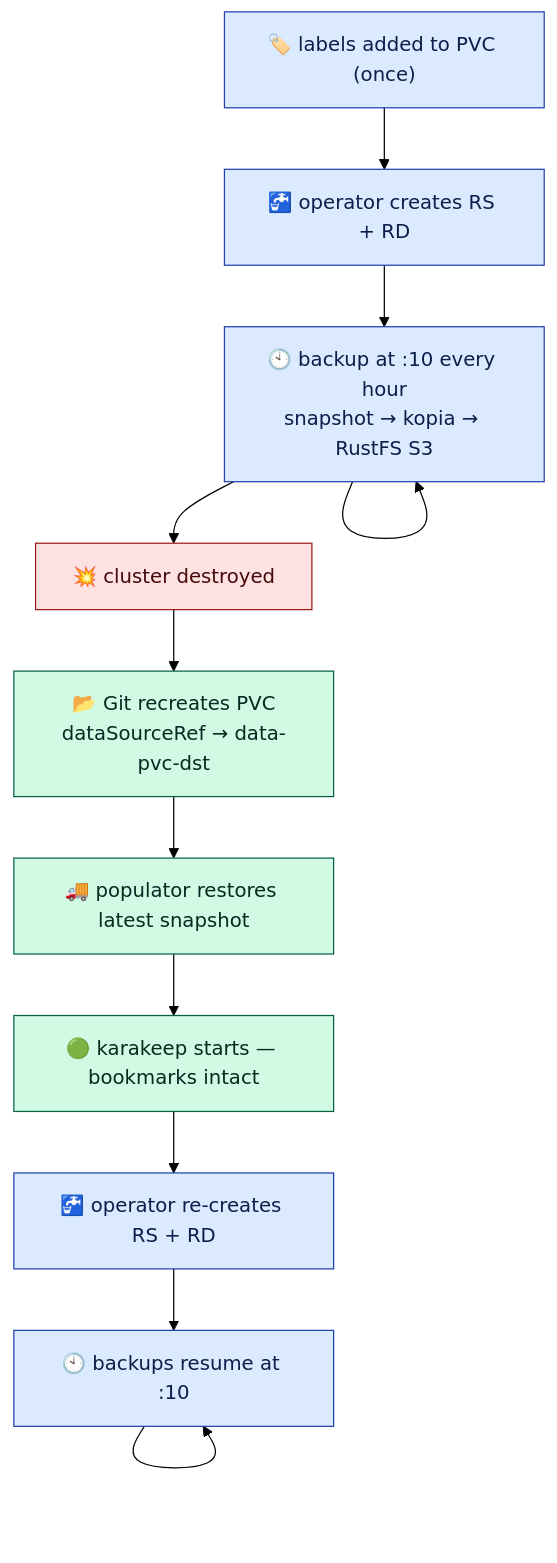
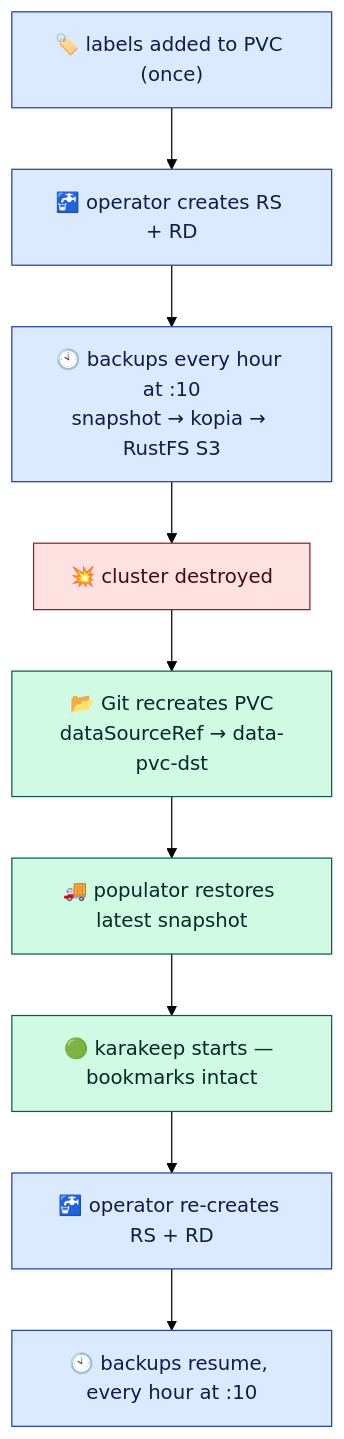
The fifth of 6 diagrams in docs/storage-architecture.md (mitchross/talos-argocd-proxmox), drawn with Mermaid (forest theme) before and after one commit. The commit also changed other lines of this file and 15 other files, not shown here.

````diff
--- a/docs/storage-architecture.md
+++ b/docs/storage-architecture.md
@@ -487,20 +515,18 @@
 ```mermaid
 flowchart TD
     L["🏷️ labels added to PVC (once)"] --> W["🚰 operator creates RS + RD"]
-    W --> B["🕙 backup at :10 every hour<br/>snapshot → kopia → RustFS S3"]
-    B --> B
+    W --> B["🕙 backups every hour at :10<br/>snapshot → kopia → RustFS S3"]
     B --> N["💥 cluster destroyed"]
     N --> R["📂 Git recreates PVC<br/>dataSourceRef → data-pvc-dst"]
     R --> P["🚚 populator restores latest snapshot"]
     P --> S["🟢 karakeep starts — bookmarks intact"]
     S --> W2["🚰 operator re-creates RS + RD"]
-    W2 --> B2["🕙 backups resume at :10"]
-    B2 --> B2
+    W2 --> B2["🕙 backups resume, every hour at :10"]
 
     classDef calm fill:#dbeafe,stroke:#1e40af,color:#0c1f4a;
     classDef bad fill:#fee2e2,stroke:#991b1b,color:#450a0a;
     classDef good fill:#d1fae5,stroke:#065f46,color:#022c22;
     class L,W,B,W2,B2 calm;
     class N bad;
     class R,P,S good;
 ```
````
